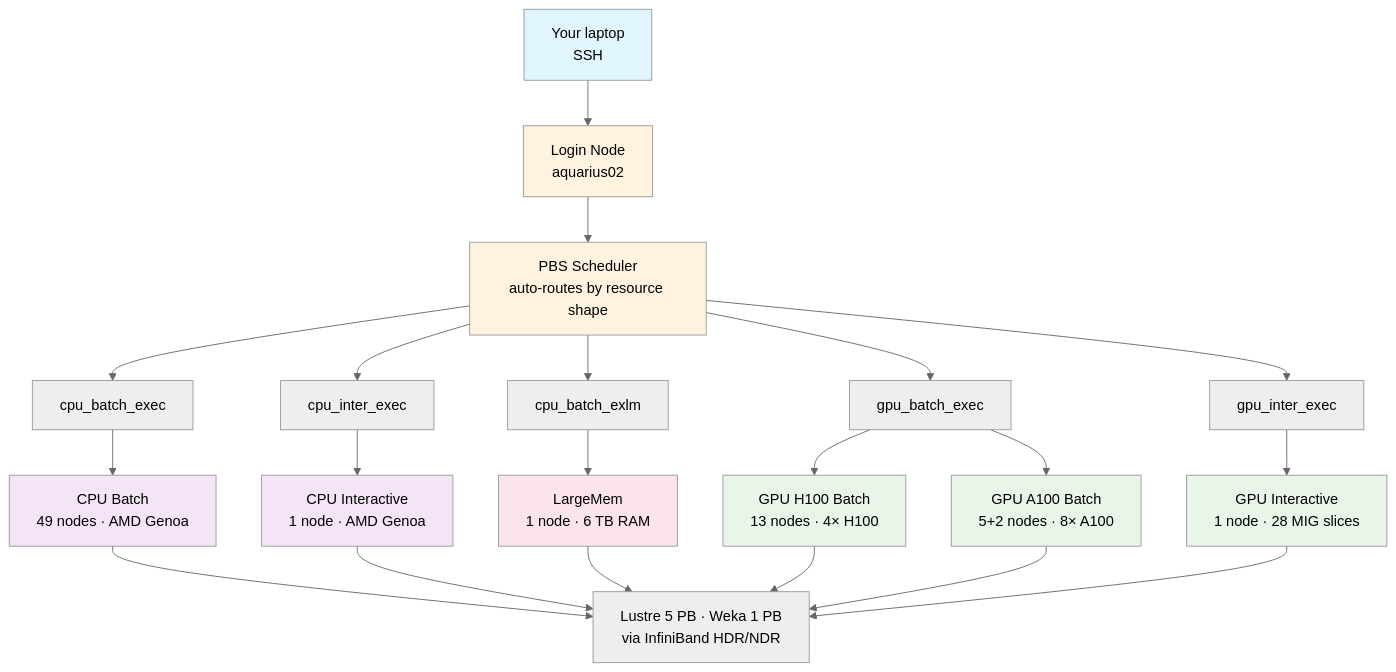
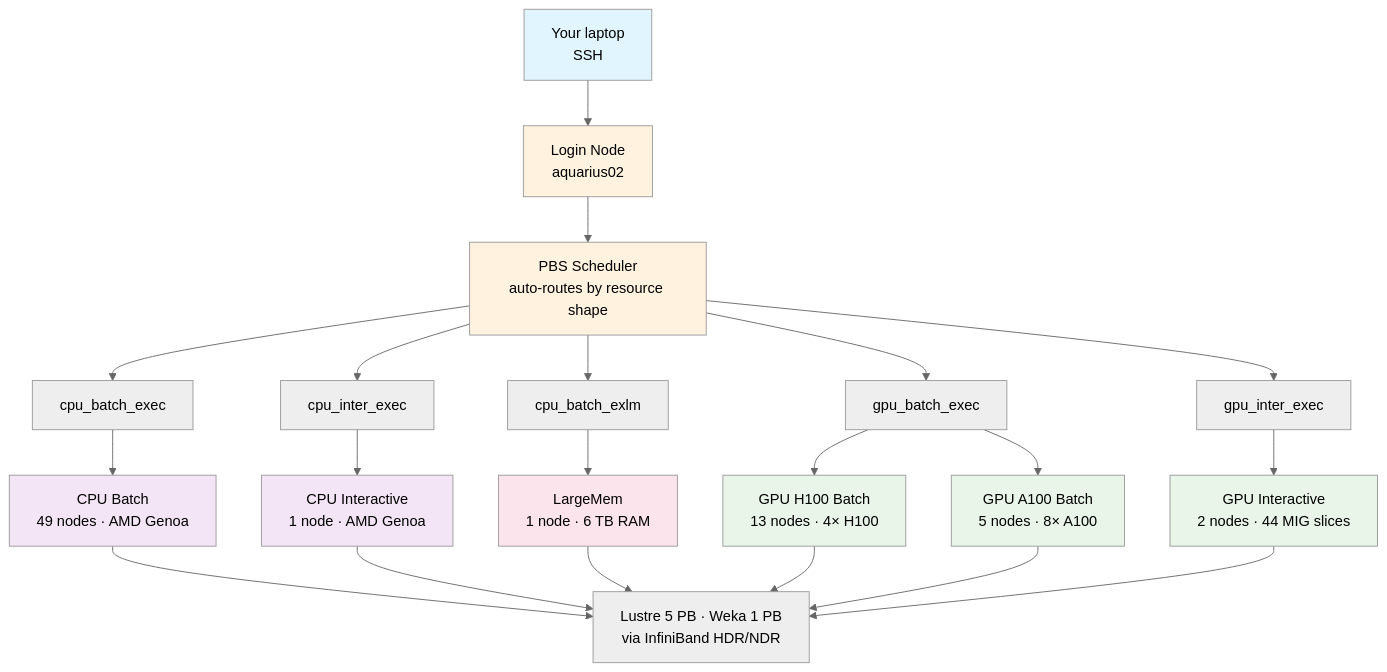
The first of 3 diagrams in docs/scheduler/Know-Your-Nodes.md (ZhipengHe/Walltime-Chronicles), drawn with Mermaid (neutral theme) before and after one commit. The commit also changed other lines of this file and 4 other files, not shown here.

````diff
--- a/docs/scheduler/Know-Your-Nodes.md
+++ b/docs/scheduler/Know-Your-Nodes.md
@@ -12,35 +12,35 @@
 ```mermaid
 graph TB
     User[Your laptop<br/>SSH] --> Login[Login Node<br/>aquarius02]
     Login --> PBS[PBS Scheduler<br/>auto-routes by resource shape]
 
     PBS --> Q1[cpu_batch_exec]
     PBS --> Q2[cpu_inter_exec]
     PBS --> Q3[cpu_batch_exlm]
     PBS --> Q4[gpu_batch_exec]
     PBS --> Q5[gpu_inter_exec]
 
     Q1 --> CPUB[CPU Batch<br/>49 nodes · AMD Genoa]
     Q2 --> CPUI[CPU Interactive<br/>1 node · AMD Genoa]
     Q3 --> LM[LargeMem<br/>1 node · 6 TB RAM]
     Q4 --> GPUH[GPU H100 Batch<br/>13 nodes · 4× H100]
-    Q4 --> GPUA[GPU A100 Batch<br/>5+2 nodes · 8× A100]
-    Q5 --> GPUI[GPU Interactive<br/>1 node · 28 MIG slices]
+    Q4 --> GPUA[GPU A100 Batch<br/>5 nodes · 8× A100]
+    Q5 --> GPUI[GPU Interactive<br/>2 nodes · 44 MIG slices]
 
     CPUB --> FS[Lustre 5 PB · Weka 1 PB<br/>via InfiniBand HDR/NDR]
     CPUI --> FS
     LM --> FS
     GPUH --> FS
     GPUA --> FS
     GPUI --> FS
 
     style User fill:#e1f5fe
     style Login fill:#fff3e0
     style PBS fill:#fff3e0
     style CPUB fill:#f3e5f5
     style CPUI fill:#f3e5f5
     style LM fill:#fce4ec
     style GPUH fill:#e8f5e8
     style GPUA fill:#e8f5e8
     style GPUI fill:#e8f5e8
 ```
````
